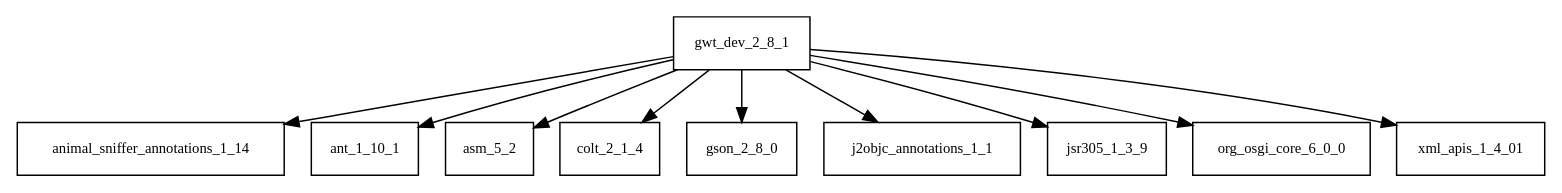
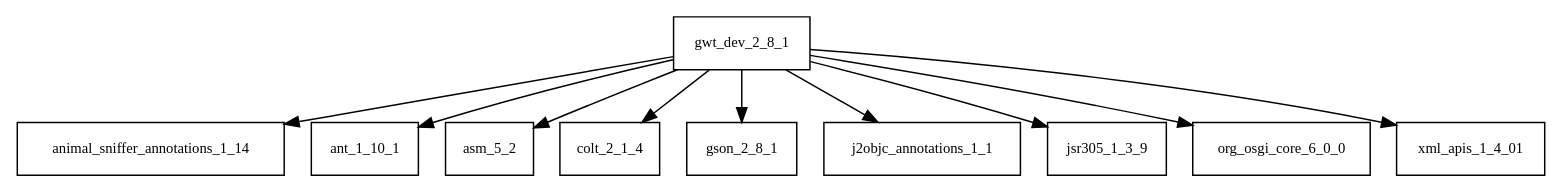
One commit to AglaianWoman/cia changed the diagram in tattleTaleReport/graphviz/gwt-dev-2.8.1.jar/gwt-dev-2.8.1.jar.dot. Above: the diagram before and after it, drawn with Graphviz. The commit also changed 2173 other files, not shown here.

```diff
--- a/tattleTaleReport/graphviz/gwt-dev-2.8.1.jar/gwt-dev-2.8.1.jar.dot
+++ b/tattleTaleReport/graphviz/gwt-dev-2.8.1.jar/gwt-dev-2.8.1.jar.dot
@@ -1,12 +1,12 @@
 digraph gwt_dev_2_8_1_dependencies {
   node [shape = box, fontsize=10.0];
   gwt_dev_2_8_1 -> animal_sniffer_annotations_1_14;
   gwt_dev_2_8_1 -> ant_1_10_1;
   gwt_dev_2_8_1 -> asm_5_2;
   gwt_dev_2_8_1 -> colt_2_1_4;
-  gwt_dev_2_8_1 -> gson_2_8_0;
+  gwt_dev_2_8_1 -> gson_2_8_1;
   gwt_dev_2_8_1 -> j2objc_annotations_1_1;
   gwt_dev_2_8_1 -> jsr305_1_3_9;
   gwt_dev_2_8_1 -> org_osgi_core_6_0_0;
   gwt_dev_2_8_1 -> xml_apis_1_4_01;
 }
```
